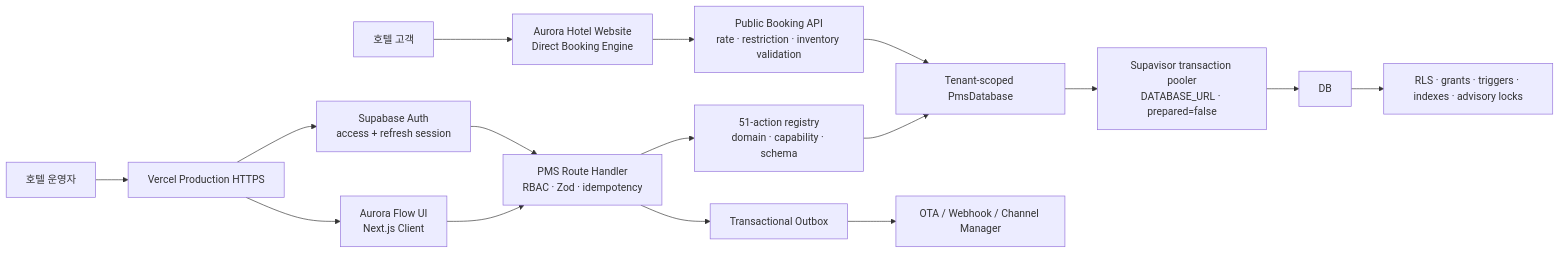
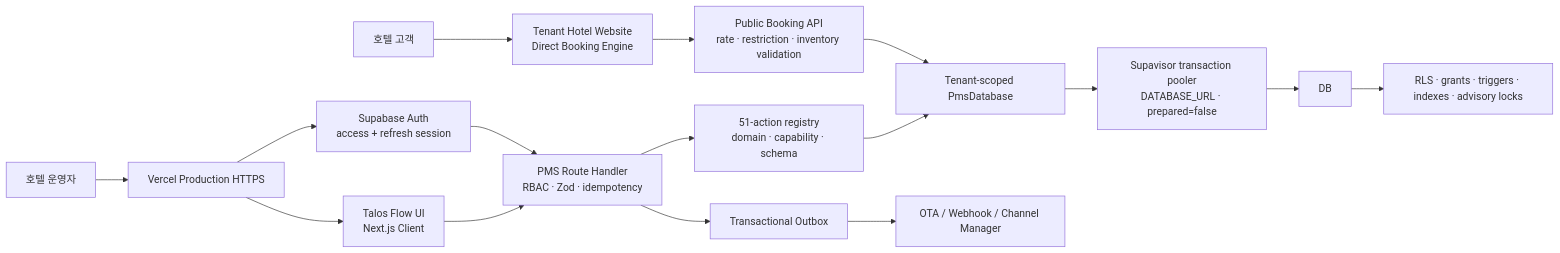
Before and after one commit to sksmsrkk-glitch/Aurora_PMS: the first of 4 diagrams in docs/architecture.md, drawn with Mermaid. The commit also changed other lines of this file and 65 other files, not shown here.

Commit message:
Rebrand Aurora PMS as Talos PMS (#25)

````diff
--- a/docs/architecture.md
+++ b/docs/architecture.md
@@ -40,18 +40,18 @@
 ```mermaid
 flowchart LR
   U["호텔 운영자"] --> VERCEL["Vercel Production HTTPS"]
-  G["호텔 고객"] --> WEB["Aurora Hotel Website\nDirect Booking Engine"]
+  G["호텔 고객"] --> WEB["Tenant Hotel Website\nDirect Booking Engine"]
   VERCEL --> AUTH["Supabase Auth\naccess + refresh session"]
-  VERCEL --> UI["Aurora Flow UI\nNext.js Client"]
+  VERCEL --> UI["Talos Flow UI\nNext.js Client"]
   AUTH --> API["PMS Route Handler\nRBAC · Zod · idempotency"]
   UI --> API
   WEB --> BOOKING["Public Booking API\nrate · restriction · inventory validation"]
   API --> REGISTRY["51-action registry\ndomain · capability · schema"]
   REGISTRY --> ADAPTER["Tenant-scoped PmsDatabase"]
   BOOKING --> ADAPTER
   ADAPTER --> PG["Supavisor transaction pooler\nDATABASE_URL · prepared=false"]
   PG --> DB
   DB --> GUARD["RLS · grants · triggers · indexes · advisory locks"]
   API --> OUTBOX["Transactional Outbox"]
   OUTBOX --> OTA["OTA / Webhook / Channel Manager"]
 ```
````
